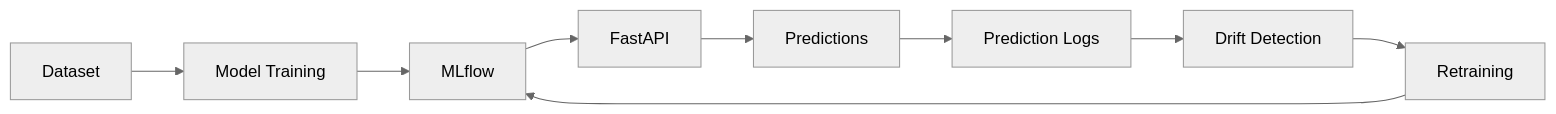
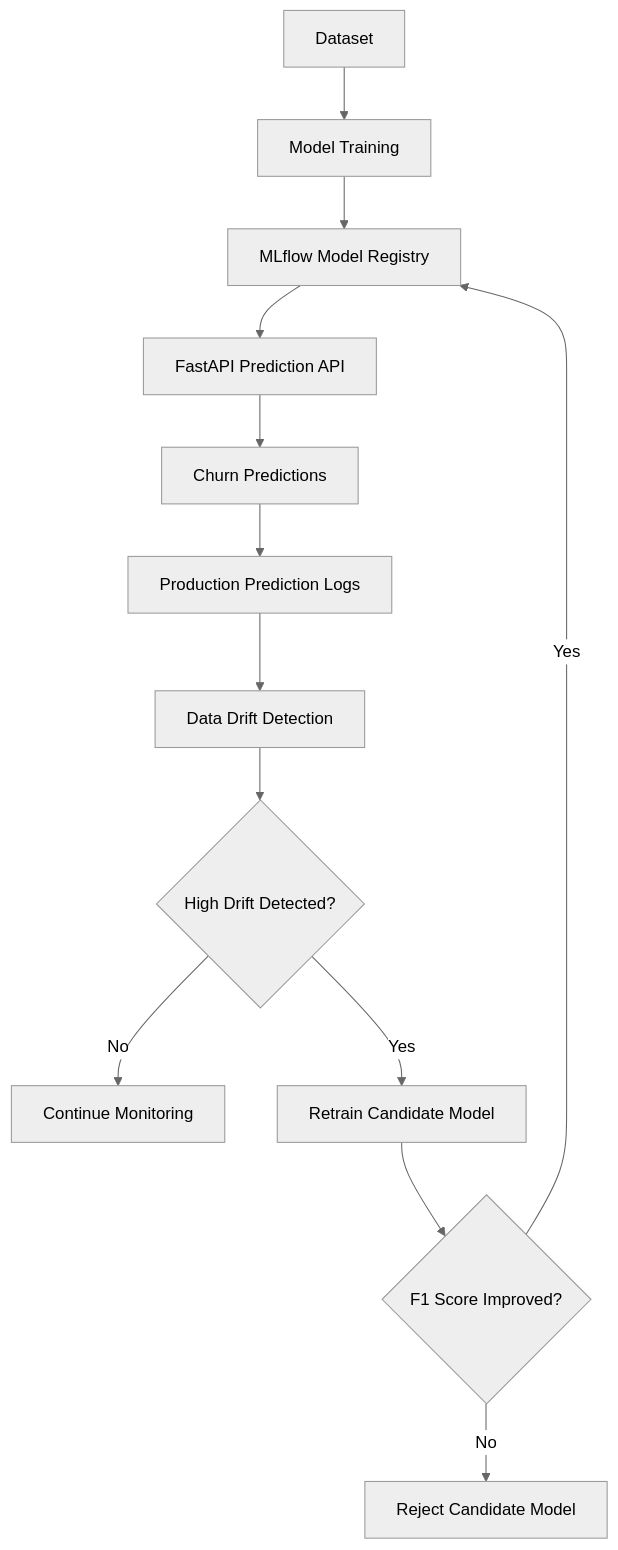
Before and after one commit to ay3shaa/churnguard: the diagram in README.md, drawn with Mermaid (neutral theme). The commit also changed other lines of this file, not shown here.

````diff
--- a/README.md
+++ b/README.md
@@ -35,11 +38,15 @@
 ```mermaid
-flowchart LR
+flowchart TD
     A[Dataset] --> B[Model Training]
-    B --> C[MLflow]
-    C --> D[FastAPI]
-    D --> E[Predictions]
-    E --> F[Prediction Logs]
-    F --> G[Drift Detection]
-    G --> H[Retraining]
-    H --> C
+    B --> C[MLflow Model Registry]
+    C --> D[FastAPI Prediction API]
+    D --> E[Churn Predictions]
+    E --> F[Production Prediction Logs]
+    F --> G[Data Drift Detection]
+    G --> H{High Drift Detected?}
+    H -- No --> I[Continue Monitoring]
+    H -- Yes --> J[Retrain Candidate Model]
+    J --> K{F1 Score Improved?}
+    K -- Yes --> C
+    K -- No --> L[Reject Candidate Model]
 ```
````
